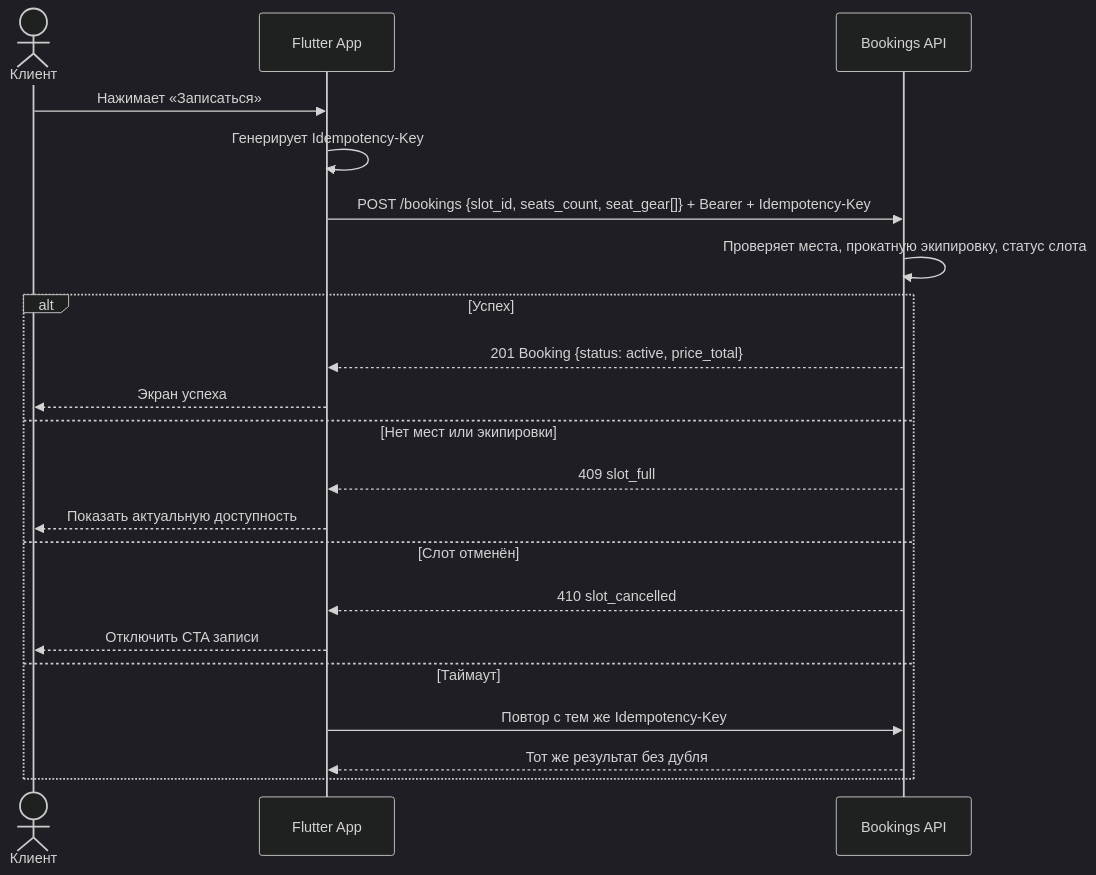
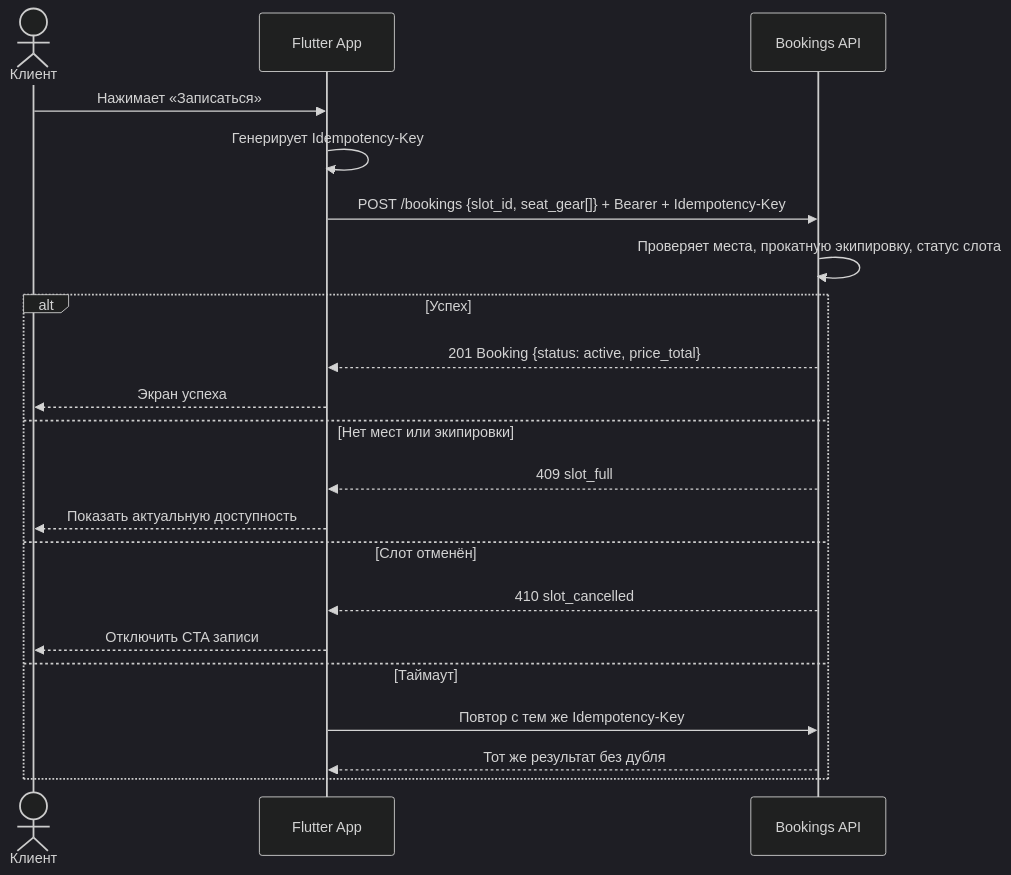
The first of 3 diagrams in 01-analysis/4-design/api-sequence.md (Asinasta/karting-center), drawn with Mermaid (dark theme) before and after one commit. The commit also changed other lines of this file and 19 other files, not shown here.

````diff
--- a/01-analysis/4-design/api-sequence.md
+++ b/01-analysis/4-design/api-sequence.md
@@ -14,24 +15,24 @@
 ```mermaid
 sequenceDiagram
   actor User as Клиент
   participant App as Flutter App
   participant API as Bookings API
 
   User->>App: Нажимает «Записаться»
   App->>App: Генерирует Idempotency-Key
-  App->>API: POST /bookings {slot_id, seats_count, seat_gear[]} + Bearer + Idempotency-Key
+  App->>API: POST /bookings {slot_id, seat_gear[]} + Bearer + Idempotency-Key
   API->>API: Проверяет места, прокатную экипировку, статус слота
   alt Успех
     API-->>App: 201 Booking {status: active, price_total}
     App-->>User: Экран успеха
   else Нет мест или экипировки
     API-->>App: 409 slot_full
     App-->>User: Показать актуальную доступность
   else Слот отменён
     API-->>App: 410 slot_cancelled
     App-->>User: Отключить CTA записи
   else Таймаут
     App->>API: Повтор с тем же Idempotency-Key
     API-->>App: Тот же результат без дубля
   end
 ```
````
